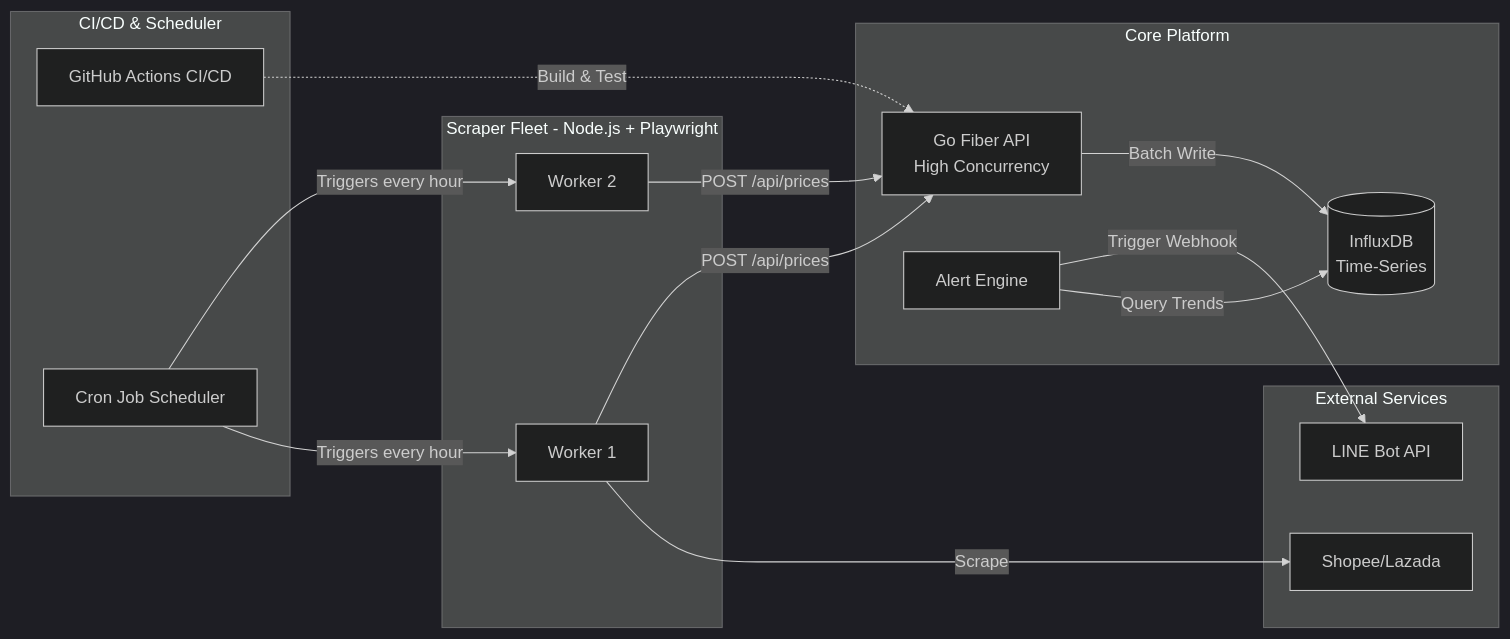
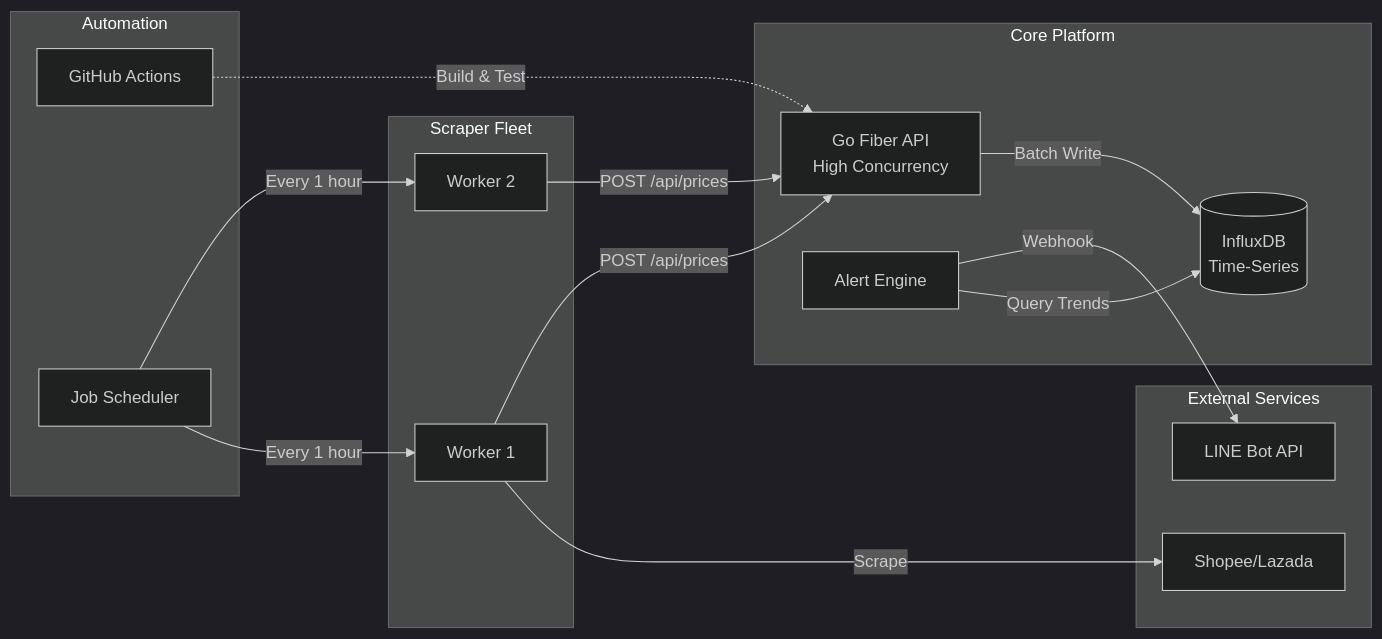
One commit to thitipongroo/omni-tracker changed the diagram in README.md. Above: the diagram before and after it, drawn with Mermaid (dark theme).

Commit message:
update: readme

````diff
--- a/README.md
+++ b/README.md
@@ -24,33 +24,33 @@
 ```mermaid
 flowchart LR
-    subgraph Automation [CI/CD & Scheduler]
-        CI[GitHub Actions CI/CD]
-        CRON[Cron Job Scheduler]
+    subgraph Automation [Automation]
+        CI[GitHub Actions]
+        CRON[Job Scheduler]
     end
 
-    subgraph Scrapers [Scraper Fleet - Node.js + Playwright]
+    subgraph Scrapers [Scraper Fleet]
         S1[Worker 1]
         S2[Worker 2]
     end
 
     subgraph Core [Core Platform]
         GO["Go Fiber API\nHigh Concurrency"]
         DB[("InfluxDB\nTime-Series")]
         ALERT[Alert Engine]
     end
     
     subgraph External [External Services]
         LINE[LINE Bot API]
         ECOM[Shopee/Lazada]
     end
 
-    CRON -->|Triggers every hour| S1
-    CRON -->|Triggers every hour| S2
+    CRON -->|Every 1 hour| S1
+    CRON -->|Every 1 hour| S2
     S1 -->|Scrape| ECOM
     S1 -->|POST /api/prices| GO
     S2 -->|POST /api/prices| GO
     GO -->|Batch Write| DB
     ALERT -->|Query Trends| DB
-    ALERT -->|Trigger Webhook| LINE
+    ALERT -->|Webhook| LINE
     CI -.->|Build & Test| GO
 ```
````
